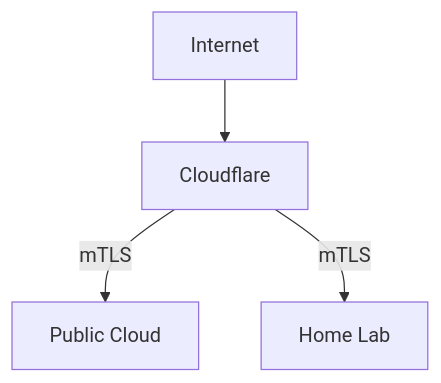
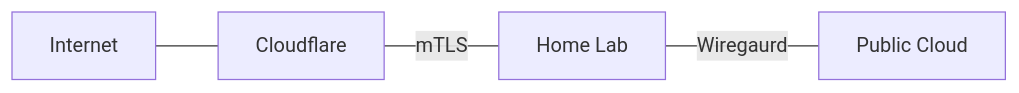
One commit to Zaba505/infra changed the diagram in docs/content/_index.md. Above: the diagram before and after it, drawn with Mermaid. The commit also changed other lines of this file and 7 other files, not shown here.

Commit message:
story(issue-531): docs reorder into more linear progression of architecture (#532)

````diff
--- a/docs/content/_index.md
+++ b/docs/content/_index.md
@@ -9,12 +9,12 @@
 ```mermaid
-flowchart TD
+flowchart LR
     internet["Internet"]
     cloudflare["Cloudflare"]
+    homelab["Home Lab"]
     cloud["Public Cloud"]
-    homelab["Home Lab"]
 
-    internet --> cloudflare
+    internet --- cloudflare
 
-    cloudflare -->|mTLS| cloud
-    cloudflare -->|mTLS| homelab
+    cloudflare ---|mTLS| homelab
+    homelab ---|Wiregaurd| cloud
 ```
````
